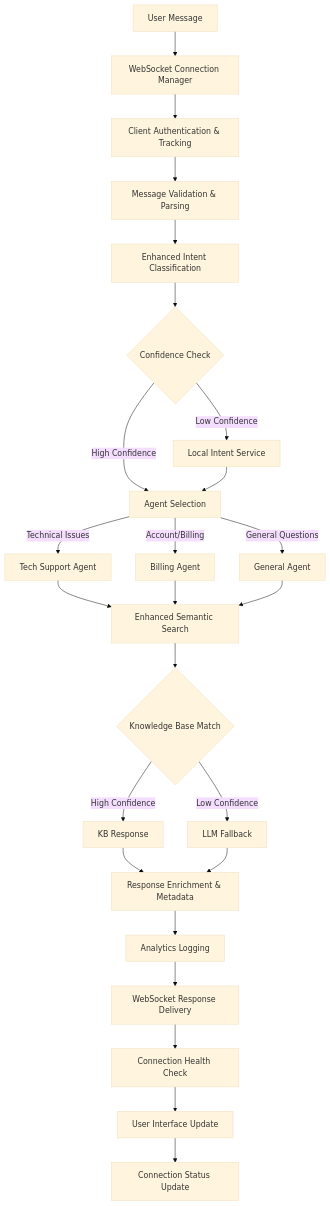
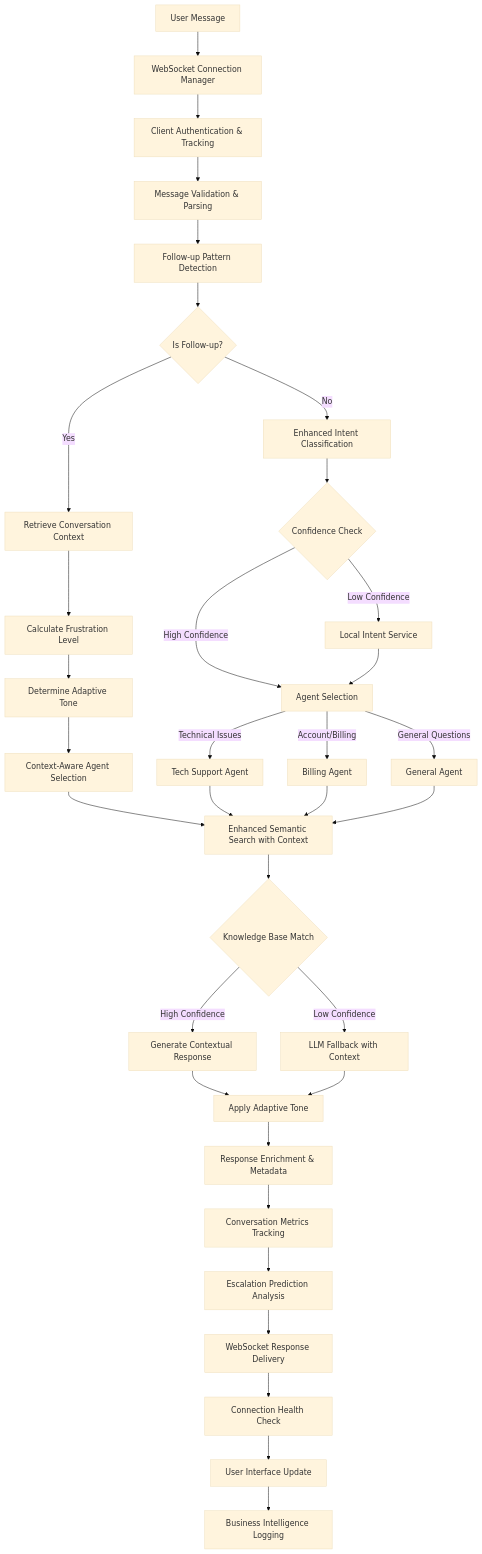
One commit to pauly7610/search changed the first of 3 diagrams in docs/architecture.md. Above: the diagram before and after it, drawn with Mermaid (base theme). The commit also changed other lines of this file and 46 other files, not shown here.

````diff
--- a/docs/architecture.md
+++ b/docs/architecture.md
@@ -94,27 +107,36 @@
 ```mermaid
 graph TD
     A[User Message] --> B[WebSocket Connection Manager]
     B --> C[Client Authentication & Tracking]
     C --> D[Message Validation & Parsing]
-    D --> E[Enhanced Intent Classification]
-    E --> F{Confidence Check}
-    F -->|High Confidence| G[Agent Selection]
-    F -->|Low Confidence| H[Local Intent Service]
-    H --> G
-    G -->|Technical Issues| I[Tech Support Agent]
-    G -->|Account/Billing| J[Billing Agent]
-    G -->|General Questions| K[General Agent]
-    I --> L[Enhanced Semantic Search]
-    J --> L
-    K --> L
-    L --> M{Knowledge Base Match}
-    M -->|High Confidence| N[KB Response]
-    M -->|Low Confidence| O[LLM Fallback]
-    N --> P[Response Enrichment & Metadata]
-    O --> P
-    P --> Q[Analytics Logging]
-    Q --> R[WebSocket Response Delivery]
-    R --> S[Connection Health Check]
-    S --> T[User Interface Update]
-    T --> U[Connection Status Update]
+    D --> E[Follow-up Pattern Detection]
+    E --> F{Is Follow-up?}
+    F -->|Yes| G[Retrieve Conversation Context]
+    F -->|No| H[Enhanced Intent Classification]
+    G --> I[Calculate Frustration Level]
+    H --> J{Confidence Check}
+    J -->|High Confidence| K[Agent Selection]
+    J -->|Low Confidence| L[Local Intent Service]
+    L --> K
+    I --> M[Determine Adaptive Tone]
+    M --> N[Context-Aware Agent Selection]
+    K -->|Technical Issues| O[Tech Support Agent]
+    K -->|Account/Billing| P[Billing Agent]
+    K -->|General Questions| Q[General Agent]
+    N --> R[Enhanced Semantic Search with Context]
+    O --> R
+    P --> R
+    Q --> R
+    R --> S{Knowledge Base Match}
+    S -->|High Confidence| T[Generate Contextual Response]
+    S -->|Low Confidence| U[LLM Fallback with Context]
+    T --> V[Apply Adaptive Tone]
+    U --> V
+    V --> W[Response Enrichment & Metadata]
+    W --> X[Conversation Metrics Tracking]
+    X --> Y[Escalation Prediction Analysis]
+    Y --> Z[WebSocket Response Delivery]
+    Z --> AA[Connection Health Check]
+    AA --> BB[User Interface Update]
+    BB --> CC[Business Intelligence Logging]
 ```
````
